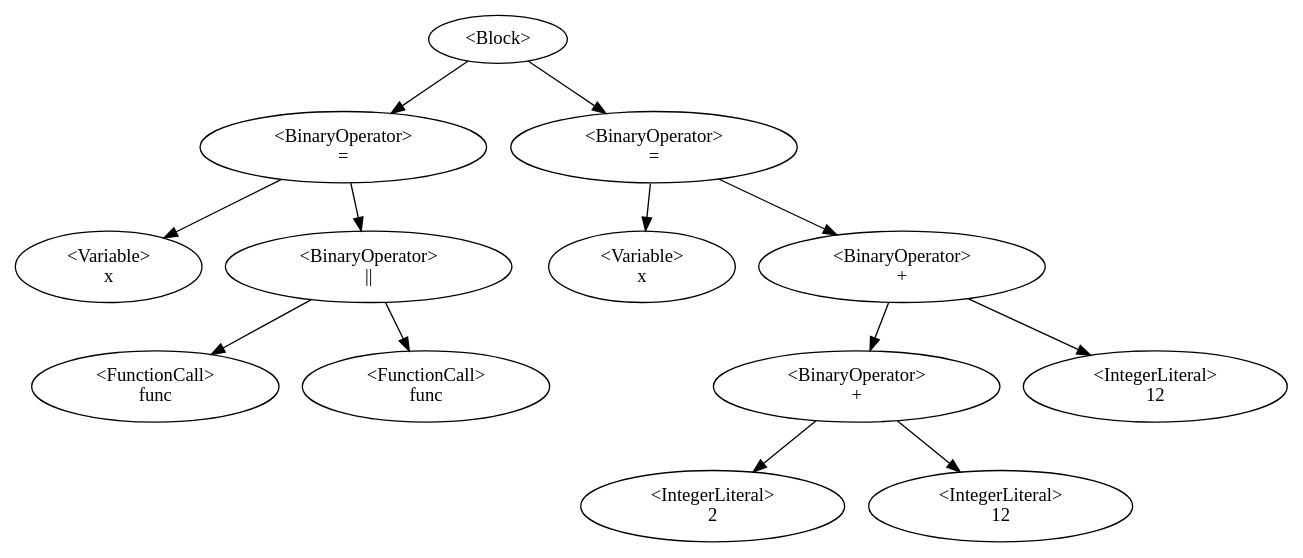
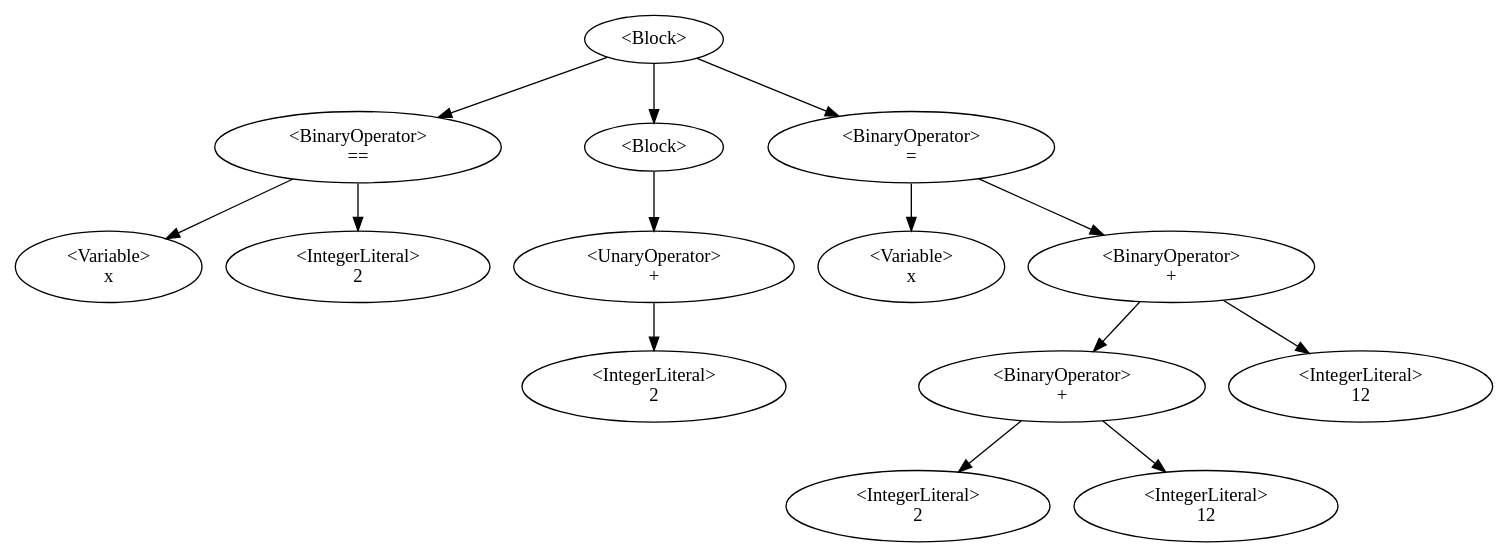
Before and after one commit to QazmoQwerty/dino: the diagram in Dino/Dino/AstDisplay.gv, drawn with Graphviz. The commit also changed 7 other files, not shown here.

```diff
--- a/Dino/Dino/AstDisplay.gv
+++ b/Dino/Dino/AstDisplay.gv
@@ -1,15 +1,16 @@
 digraph G {
-0 [label="<Block>"];0->2;0->9;
-2 [label="<BinaryOperator>\n="];2->1;2->5;
+0 [label="<Block>"];0->2;0->4;0->8;
+2 [label="<BinaryOperator>\n=="];2->1;2->3;
 1 [label="<Variable>\nx"];
-5 [label="<BinaryOperator>\n||"];5->4;5->7;
-4 [label="<FunctionCall>\nfunc"];
-7 [label="<FunctionCall>\nfunc"];
-9 [label="<BinaryOperator>\n="];9->8;9->13;
-8 [label="<Variable>\nx"];
-13 [label="<BinaryOperator>\n+"];13->11;13->14;
-11 [label="<BinaryOperator>\n+"];11->10;11->12;
-10 [label="<IntegerLiteral>\n2"];
-12 [label="<IntegerLiteral>\n12"];
-14 [label="<IntegerLiteral>\n12"];
+3 [label="<IntegerLiteral>\n2"];
+4 [label="<Block>"];4->5;
+5 [label="<UnaryOperator>\n+"];5->6;
+6 [label="<IntegerLiteral>\n2"];
+8 [label="<BinaryOperator>\n="];8->7;8->12;
+7 [label="<Variable>\nx"];
+12 [label="<BinaryOperator>\n+"];12->10;12->13;
+10 [label="<BinaryOperator>\n+"];10->9;10->11;
+9 [label="<IntegerLiteral>\n2"];
+11 [label="<IntegerLiteral>\n12"];
+13 [label="<IntegerLiteral>\n12"];
 }
```
